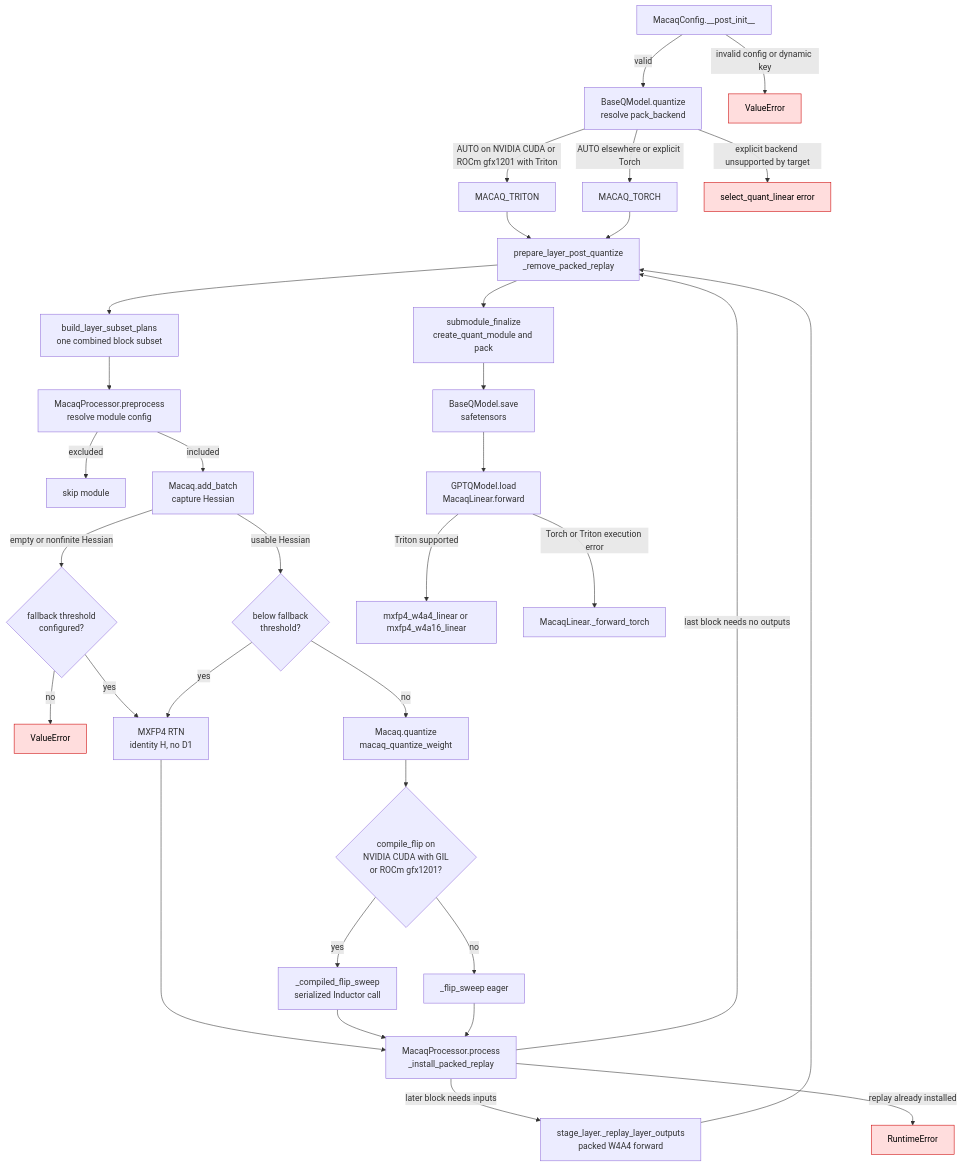
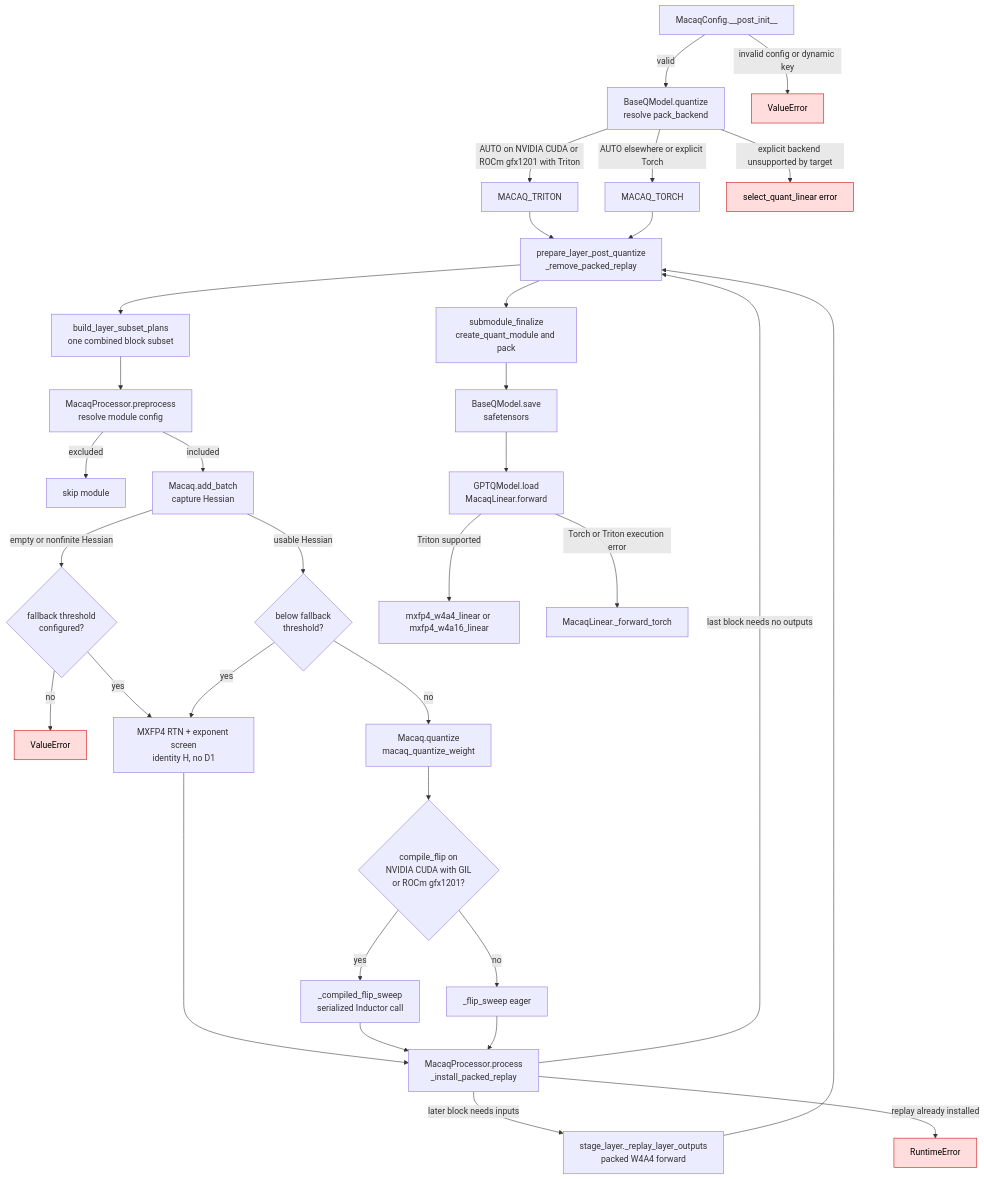
The first of 2 diagrams in docs/macaq.md (ModelCloud/GPTQModel), drawn with Mermaid before and after one commit. The commit also changed other lines of this file and 8 other files, not shown here.

````diff
--- a/docs/macaq.md
+++ b/docs/macaq.md
@@ -78,37 +80,37 @@
 ```mermaid
 flowchart TD
     A["MacaqConfig.__post_init__"] -->|valid| B["BaseQModel.quantize<br/>resolve pack_backend"]
     A -->|invalid config or dynamic key| F1["ValueError"]
     B -->|AUTO on NVIDIA CUDA or ROCm gfx1201 with Triton| T["MACAQ_TRITON"]
     B -->|AUTO elsewhere or explicit Torch| P["MACAQ_TORCH"]
     B -->|explicit backend unsupported by target| F2["select_quant_linear error"]
     T --> C["QuantizationRunPlan.build"]
     P --> C
     C --> S1["build_layer_subset_plans<br/>one combined block subset"]
     S1 --> D["MacaqProcessor.preprocess<br/>resolve module config"]
     D -->|excluded| S["skip module"]
     D -->|included| E["Macaq.add_batch<br/>capture Hessian"]
     E -->|empty or nonfinite Hessian| FB{"fallback threshold<br/>configured?"}
     FB -->|no| F3["ValueError"]
     E -->|usable Hessian| FB2{"below fallback<br/>threshold?"}
     FB2 -->|no| Q["Macaq.quantize<br/>macaq_quantize_weight"]
-    FB -->|yes| RTN["MXFP4 RTN<br/>identity H, no D1"]
+    FB -->|yes| RTN["MXFP4 RTN + exponent screen<br/>identity H, no D1"]
     FB2 -->|yes| RTN
     RTN --> R
     Q --> CF{"compile_flip on<br/>NVIDIA CUDA with GIL<br/>or ROCm gfx1201?"}
     CF -->|yes| KC["_compiled_flip_sweep<br/>serialized Inductor call"]
     CF -->|no| KE["_flip_sweep eager"]
     KC --> R["MacaqProcessor.process<br/>_install_packed_replay"]
     KE --> R
     R -->|later block needs inputs| F["stage_layer._replay_layer_outputs<br/>packed W4A4 forward"]
     R -->|last block needs no outputs| C["prepare_layer_post_quantize<br/>_remove_packed_replay"]
     F --> C
     R -->|replay already installed| F4["RuntimeError"]
     C --> U["submodule_finalize<br/>create_quant_module and pack"]
     U --> V["BaseQModel.save<br/>safetensors"]
     V --> L["GPTQModel.load<br/>MacaqLinear.forward"]
     L -->|Triton supported| K["mxfp4_w4a4_linear or mxfp4_w4a16_linear"]
     L -->|Torch or Triton execution error| O["MacaqLinear._forward_torch"]
     classDef error fill:#fdd,stroke:#c00,color:#000;
     class F1,F2,F3,F4 error;
 ```
````
